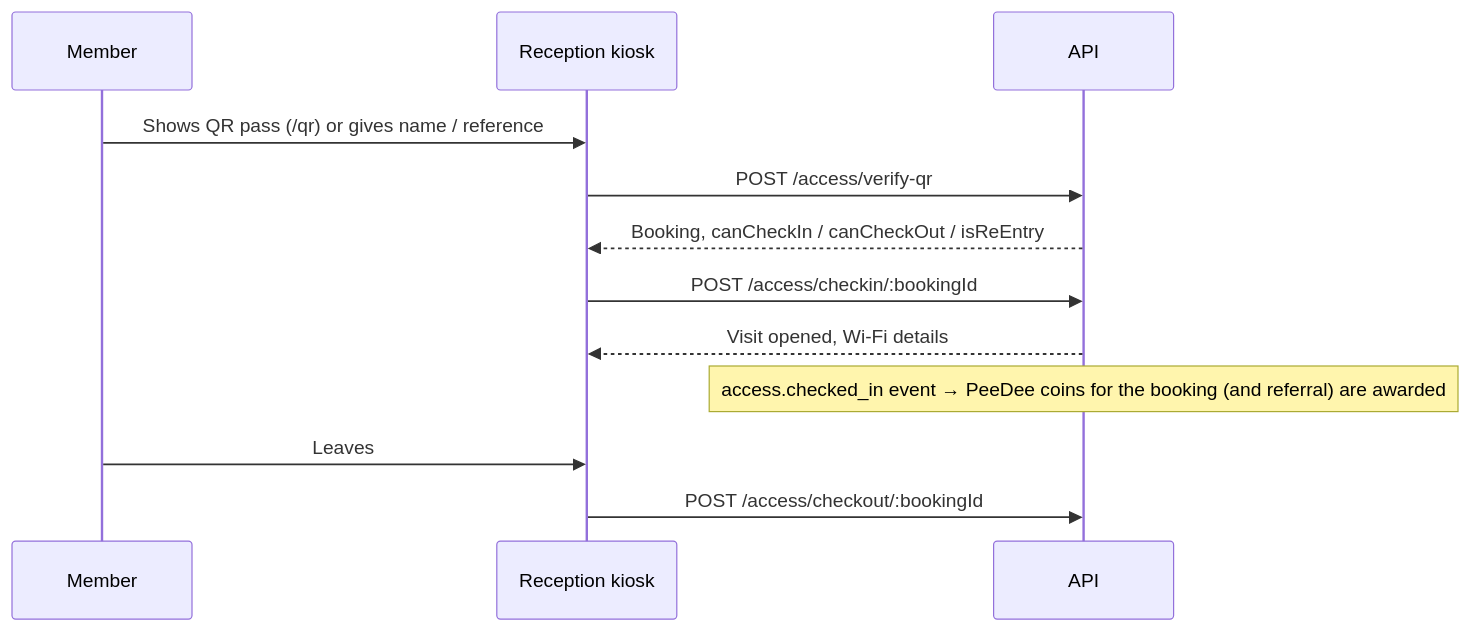
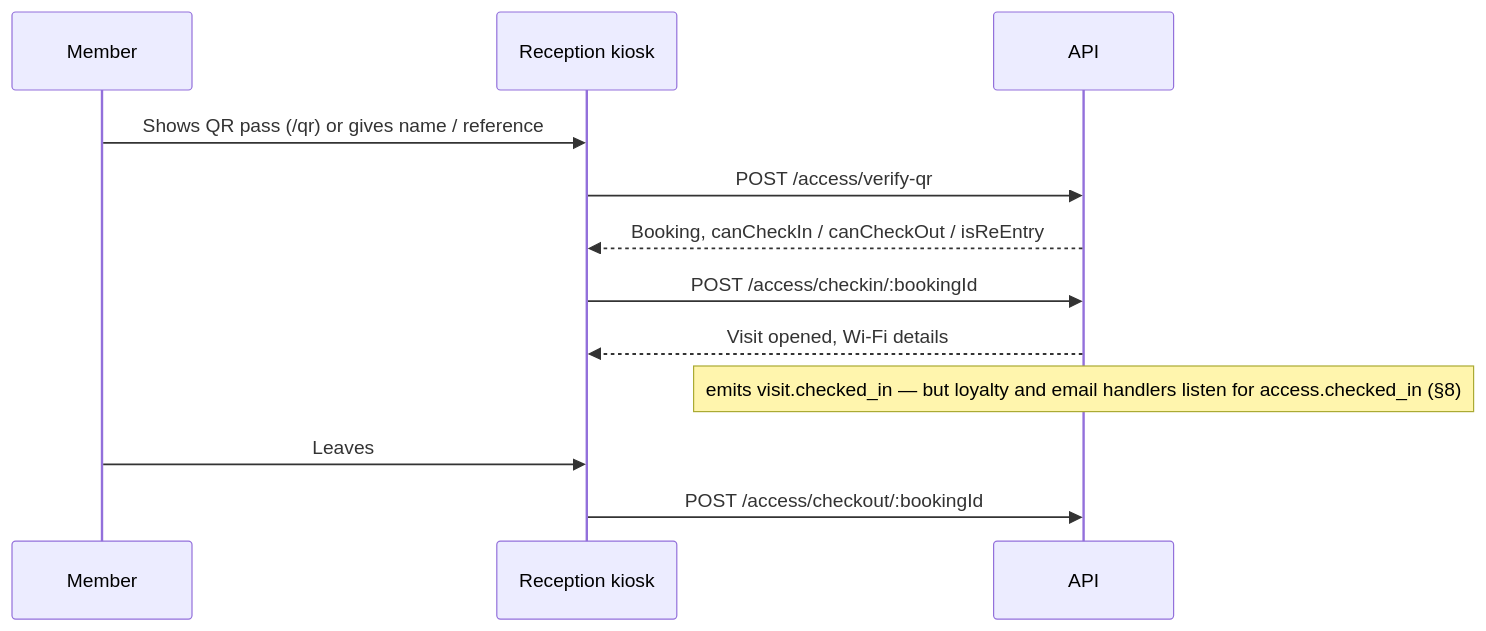
The fourth of 4 diagrams in docs/03-App-Flow.md (E310-Tech-Team/DAIH-main), drawn with Mermaid before and after one commit. The commit also changed other lines of this file, not shown here.

Commit message:
docs(app-flow): correct the check-in side effects and add the event-name gap

````diff
--- a/docs/03-App-Flow.md
+++ b/docs/03-App-Flow.md
@@ -260,14 +260,14 @@
 ```mermaid
 sequenceDiagram
   participant M as Member
   participant K as Reception kiosk
   participant API
   M->>K: Shows QR pass (/qr) or gives name / reference
   K->>API: POST /access/verify-qr
   API-->>K: Booking, canCheckIn / canCheckOut / isReEntry
   K->>API: POST /access/checkin/:bookingId
   API-->>K: Visit opened, Wi-Fi details
-  Note over API: access.checked_in event → PeeDee coins for the booking (and referral) are awarded
+  Note over API: emits visit.checked_in — but loyalty and email handlers listen for access.checked_in (§8)
   M->>K: Leaves
   K->>API: POST /access/checkout/:bookingId
 ```
````
